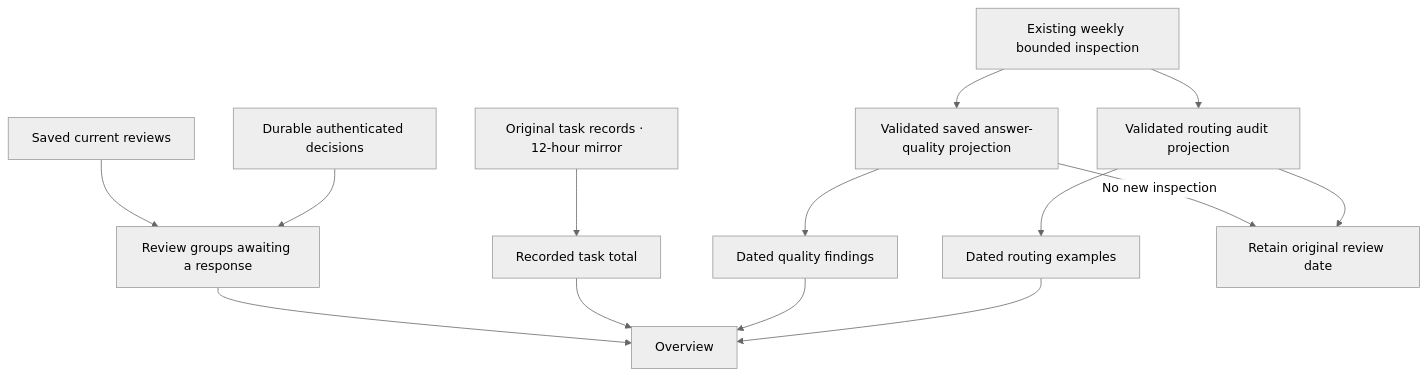
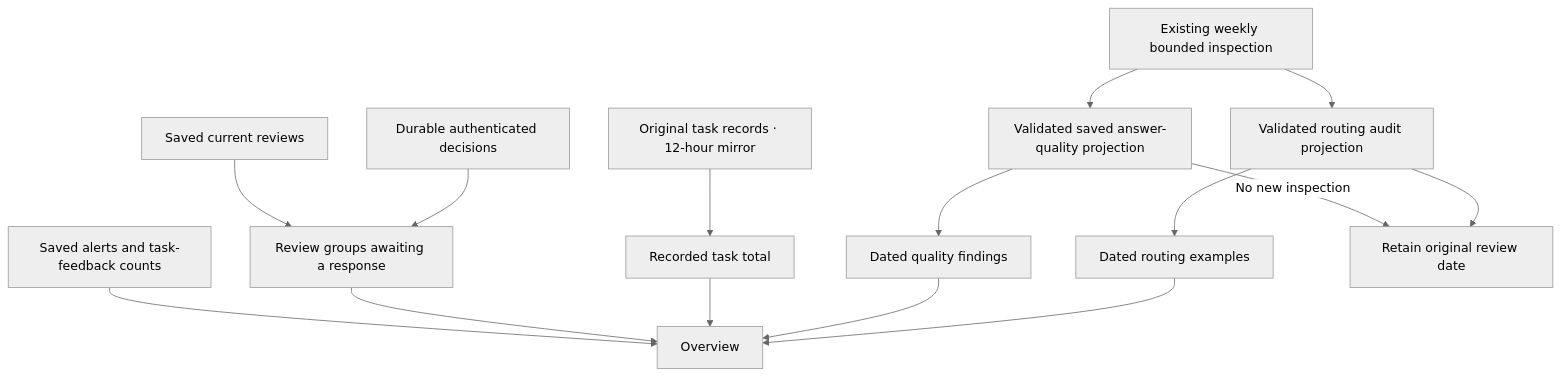
The second of 7 diagrams in docs/dashboard-dataflows.md (olilifts88/meridian-labs), drawn with Mermaid (neutral theme) before and after one commit. The commit also changed other lines of this file and 1 other file, not shown here.

Commit message:
Document dashboard label alerts and task usefulness feedback (#5)

````diff
--- a/docs/dashboard-dataflows.md
+++ b/docs/dashboard-dataflows.md
@@ -22,16 +22,17 @@
 ```mermaid
 flowchart TD
  R["Saved current reviews"] --> K["Review groups awaiting a response"]
  D["Durable authenticated decisions"] --> K
  T["Original task records · 12-hour mirror"] --> M["Recorded task total"]
  Q["Validated saved answer-quality projection"] --> E["Dated quality findings"]
  A["Validated routing audit projection"] --> J["Dated routing examples"]
+ H["Saved alerts and task-feedback counts"] --> O
  K --> O["Overview"]
  M --> O
  E --> O
  J --> O
  S["Existing weekly bounded inspection"] --> Q
  S --> A
  Q -->|"No new inspection"| P["Retain original review date"]
  A --> P
 ```
````
